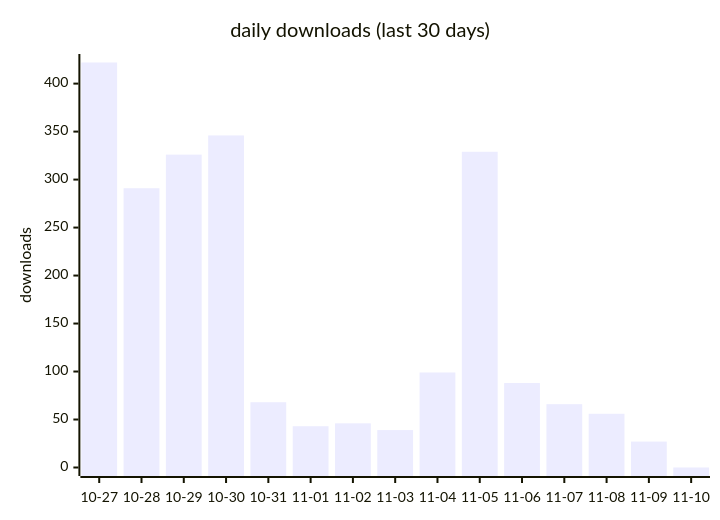
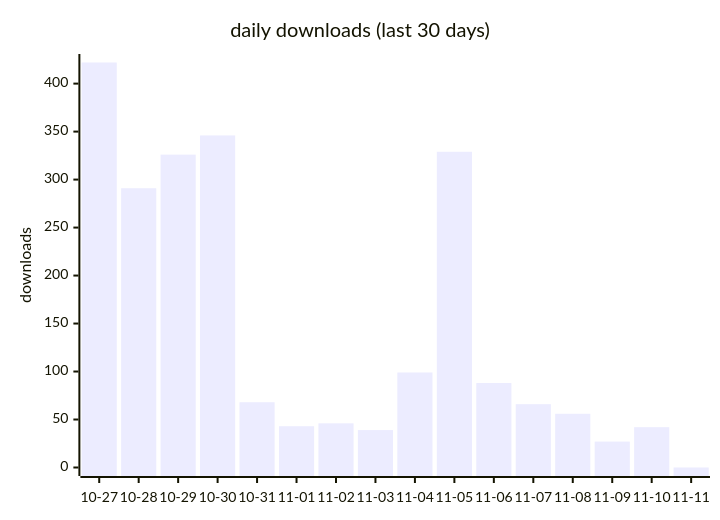
One commit to terry2010/dsh-loop-recover changed the first of 2 diagrams in docs/downloads-2026.md. Above: the diagram before and after it, drawn with Mermaid. The commit also changed other lines of this file and 1 other file, not shown here.

````diff
--- a/docs/downloads-2026.md
+++ b/docs/downloads-2026.md
@@ -19,7 +19,7 @@
 ```mermaid
 xychart-beta
     title "daily downloads (last 30 days)"
-    x-axis ["10-27", "10-28", "10-29", "10-30", "10-31", "11-01", "11-02", "11-03", "11-04", "11-05", "11-06", "11-07", "11-08", "11-09", "11-10"]
+    x-axis ["10-27", "10-28", "10-29", "10-30", "10-31", "11-01", "11-02", "11-03", "11-04", "11-05", "11-06", "11-07", "11-08", "11-09", "11-10", "11-11"]
     y-axis "downloads" 0 --> 422
-    bar [422, 291, 326, 346, 68, 43, 46, 39, 99, 329, 88, 66, 56, 27, 0]
+    bar [422, 291, 326, 346, 68, 43, 46, 39, 99, 329, 88, 66, 56, 27, 42, 0]
 ```
````
